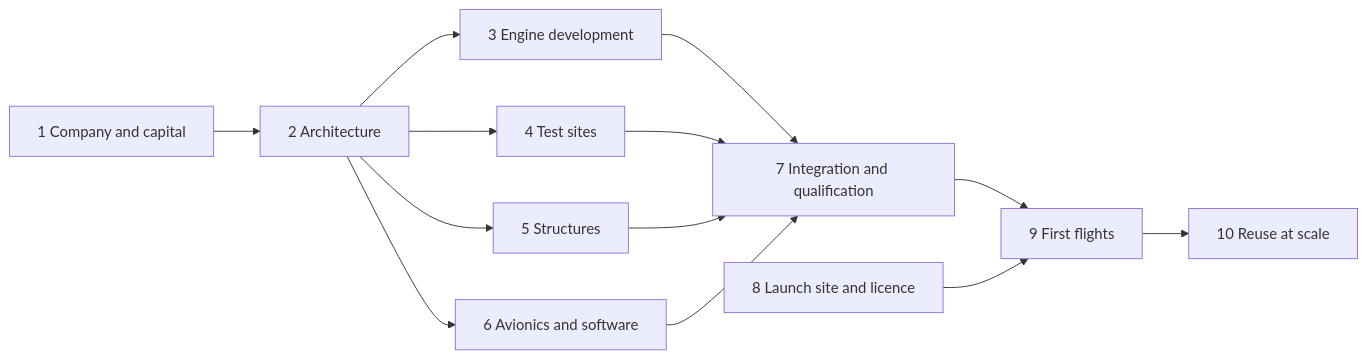
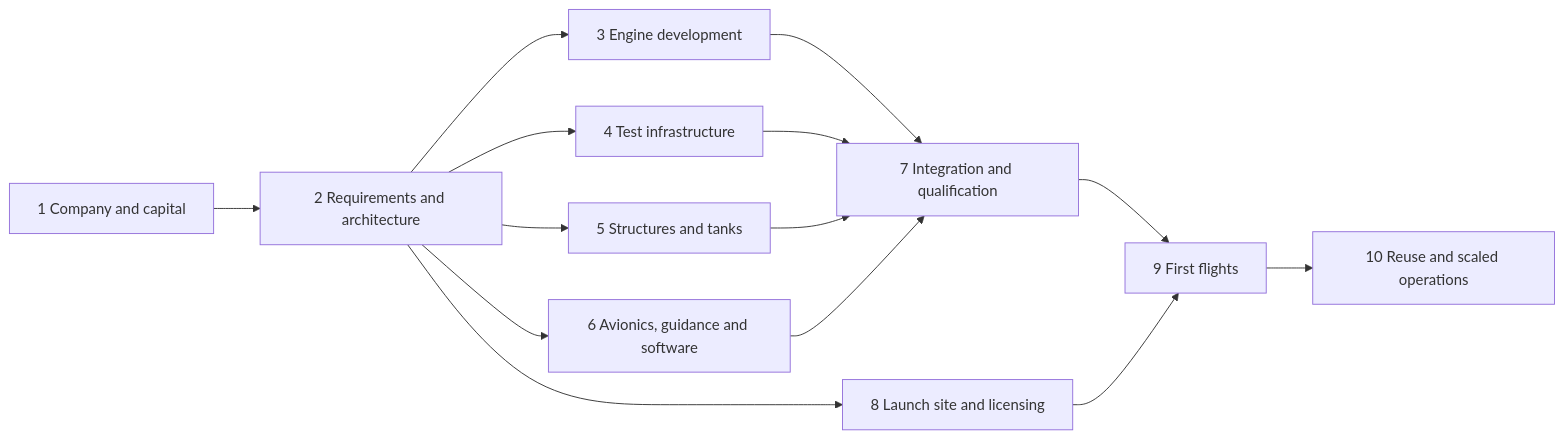
One commit to amalmehta/HowToBuildARocket changed the diagram in README.md. Above: the diagram before and after it, drawn with Mermaid. The commit also changed other lines of this file and 3 other files, not shown here.

````diff
--- a/README.md
+++ b/README.md
@@ -15,7 +15,7 @@
 ```mermaid
 flowchart LR
-  A[1 Company and capital] --> B[2 Architecture] --> C[3 Engine development]
-  B --> D[4 Test sites] & E[5 Structures] & F[6 Avionics and software]
-  C & D & E & F --> G[7 Integration and qualification] --> I[9 First flights] --> J[10 Reuse at scale]
-  H[8 Launch site and licence] --> I
+  A[1 Company and capital] --> B[2 Requirements and architecture] --> C[3 Engine development]
+  B --> D[4 Test infrastructure] & E[5 Structures and tanks] & F[6 Avionics, guidance and software] & H[8 Launch site and licensing]
+  C & D & E & F --> G[7 Integration and qualification] --> I[9 First flights] --> J[10 Reuse and scaled operations]
+  H --> I
 ```
````
